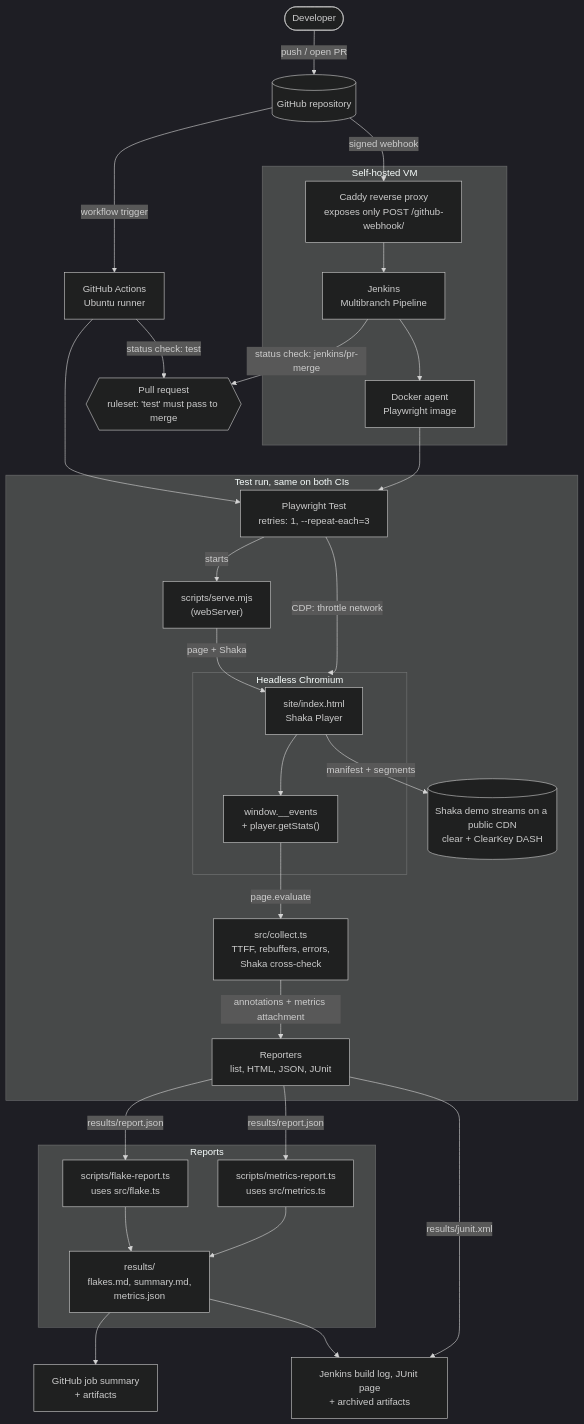
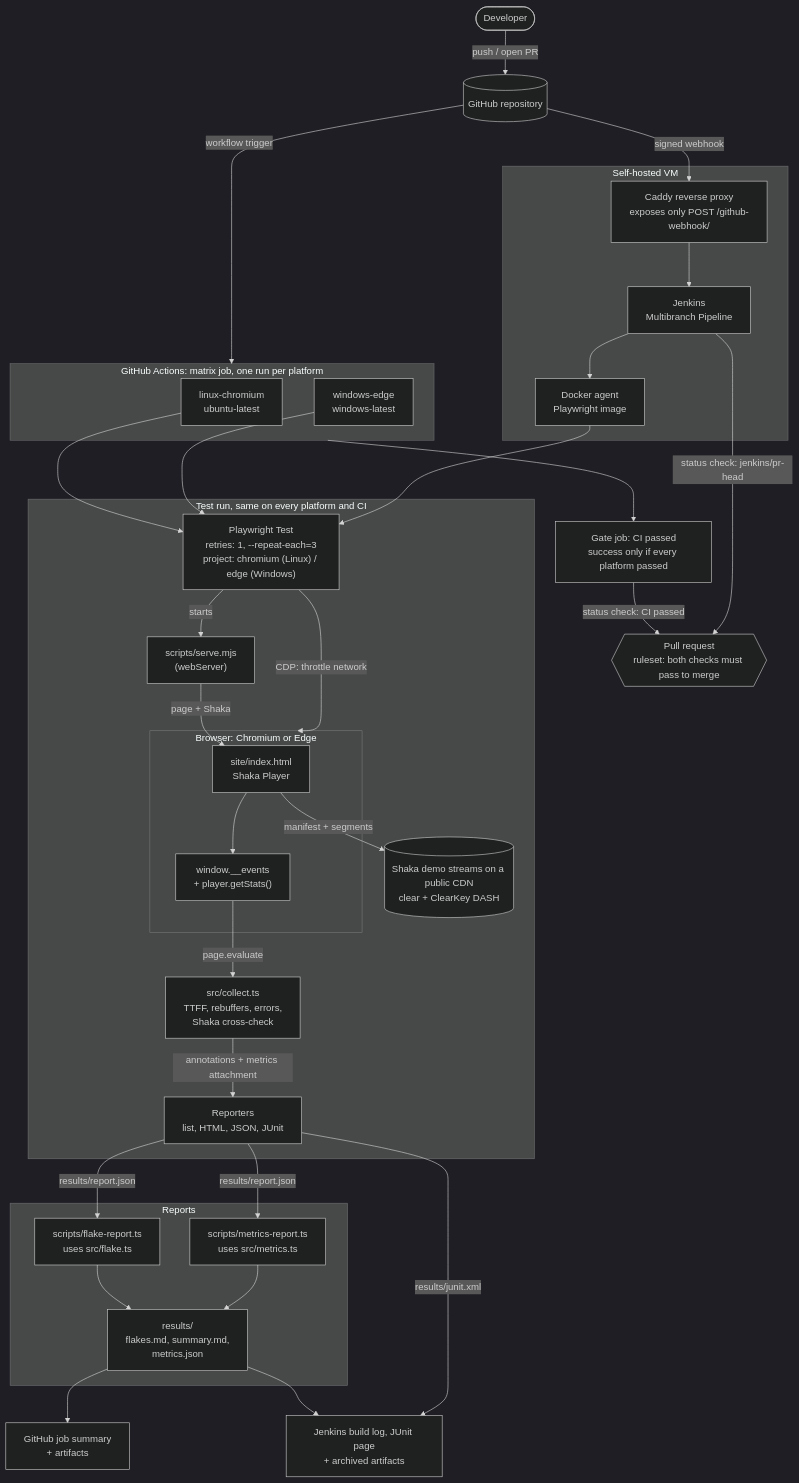
The diagram in README.md (tsuls/Playback-test-harness), drawn with Mermaid (dark theme) before and after one commit. The commit also changed other lines of this file and 1 other file, not shown here.

````diff
--- a/README.md
+++ b/README.md
@@ -23,54 +23,62 @@
 ```mermaid
 flowchart TB
   dev([Developer]) -- "push / open PR" --> gh[("GitHub repository")]
 
-  gh -- "workflow trigger" --> gha["GitHub Actions<br/>Ubuntu runner"]
+  gh -- "workflow trigger" --> gha
+
+  subgraph gha ["GitHub Actions: matrix job, one run per platform"]
+    linux["linux-chromium<br/>ubuntu-latest"]
+    win["windows-edge<br/>windows-latest"]
+  end
+  gha --> gate["Gate job: CI passed<br/>success only if every platform passed"]
+
   gh -- "signed webhook" --> caddy
 
   subgraph vm ["Self-hosted VM"]
     caddy["Caddy reverse proxy<br/>exposes only POST /github-webhook/"] --> jenkins["Jenkins<br/>Multibranch Pipeline"]
     jenkins --> agent["Docker agent<br/>Playwright image"]
   end
 
-  gha --> runner
+  linux --> runner
+  win --> runner
   agent --> runner
 
   cdn[("Shaka demo streams on a public CDN<br/>clear + ClearKey DASH")]
 
-  subgraph run ["Test run, same on both CIs"]
-    runner["Playwright Test<br/>retries: 1, --repeat-each=3"]
+  subgraph run ["Test run, same on every platform and CI"]
+    runner["Playwright Test<br/>retries: 1, --repeat-each=3<br/>project: chromium (Linux) / edge (Windows)"]
     server["scripts/serve.mjs<br/>(webServer)"]
-    subgraph chromium ["Headless Chromium"]
+    subgraph chromium ["Browser: Chromium or Edge"]
       page["site/index.html<br/>Shaka Player"]
       events["window.__events<br/>+ player.getStats()"]
       page --> events
     end
     collect["src/collect.ts<br/>TTFF, rebuffers, errors,<br/>Shaka cross-check"]
     reporters["Reporters<br/>list, HTML, JSON, JUnit"]
 
     runner -- starts --> server
     server -- "page + Shaka" --> page
     page -- "manifest + segments" --> cdn
     runner -- "CDP: throttle network" --> chromium
     events -- "page.evaluate" --> collect
     collect -- "annotations + metrics attachment" --> reporters
   end
 
   subgraph reports ["Reports"]
     flake["scripts/flake-report.ts<br/>uses src/flake.ts"]
     metrics["scripts/metrics-report.ts<br/>uses src/metrics.ts"]
     out["results/<br/>flakes.md, summary.md,<br/>metrics.json"]
     flake --> out
     metrics --> out
   end
 
   reporters -- "results/report.json" --> flake
   reporters -- "results/report.json" --> metrics
 
   out --> ghsum["GitHub job summary<br/>+ artifacts"]
   out --> jart["Jenkins build log, JUnit page<br/>+ archived artifacts"]
   reporters -- "results/junit.xml" --> jart
 
-  gha -- "status check: test" --> pr{{"Pull request<br/>ruleset: 'test' must pass to merge"}}
-  jenkins -- "status check: jenkins/pr-merge" --> pr
+  gate -- "status check: CI passed" --> pr{{"Pull request<br/>ruleset: both checks must pass to merge"}}
+  jenkins -- "status check: jenkins/pr-head" --> pr
 ```
````
